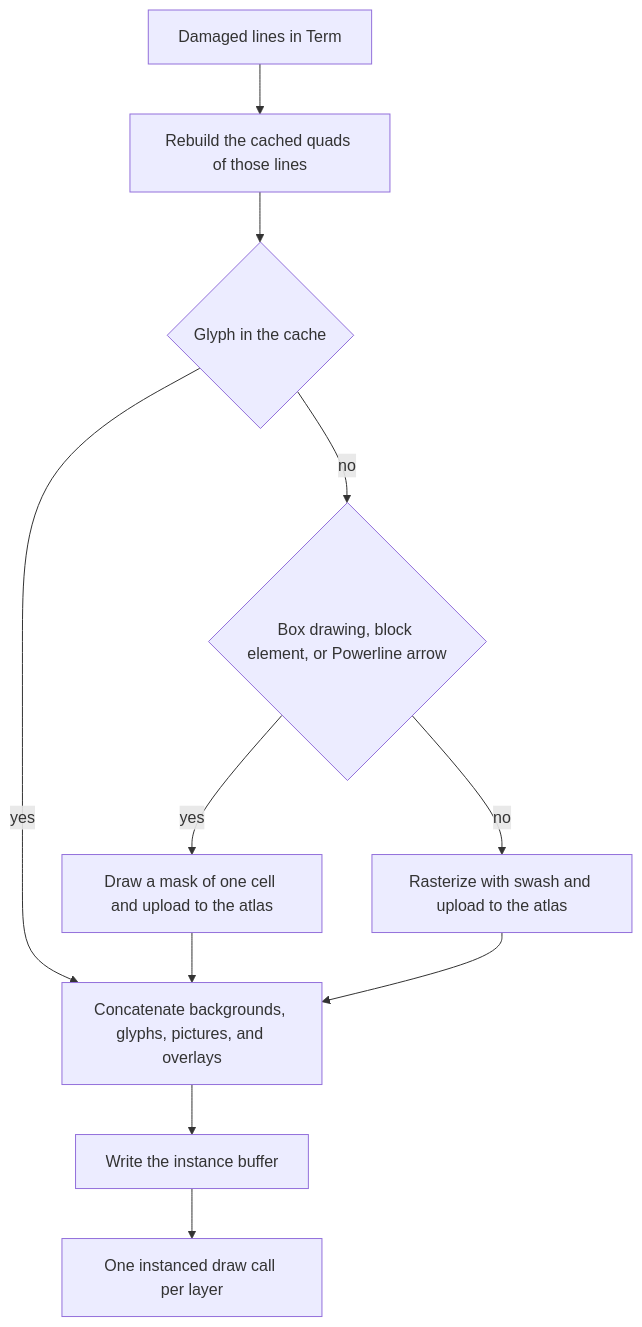
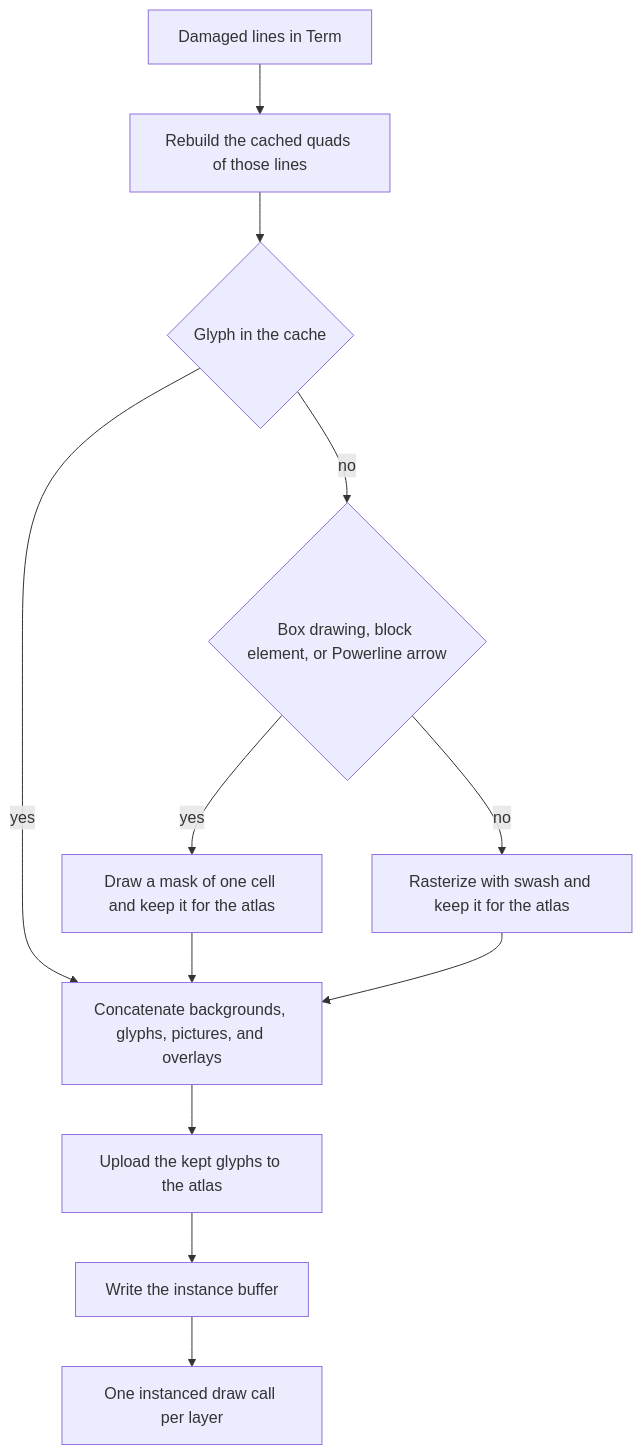
One commit to riya-amemiya/Dartel changed the ninth of 9 diagrams in docs/architecture.md. Above: the diagram before and after it, drawn with Mermaid. The commit also changed other lines of this file and 6 other files, not shown here.

````diff
--- a/docs/architecture.md
+++ b/docs/architecture.md
@@ -522,13 +522,14 @@
 ```mermaid
 flowchart TD
     damage["Damaged lines in Term"] --> rebuild["Rebuild the cached quads of those lines"]
     rebuild --> cached{"Glyph in the cache"}
     cached -- yes --> frame["Concatenate backgrounds, glyphs, pictures, and overlays"]
     cached -- no --> drawn{"Box drawing, block element, or Powerline arrow"}
-    drawn -- yes --> mask["Draw a mask of one cell and upload to the atlas"]
-    drawn -- no --> raster["Rasterize with swash and upload to the atlas"]
+    drawn -- yes --> mask["Draw a mask of one cell and keep it for the atlas"]
+    drawn -- no --> raster["Rasterize with swash and keep it for the atlas"]
     mask --> frame
     raster --> frame
-    frame --> buffer["Write the instance buffer"]
+    frame --> upload["Upload the kept glyphs to the atlas"]
+    upload --> buffer["Write the instance buffer"]
     buffer --> draw["One instanced draw call per layer"]
 ```
````
